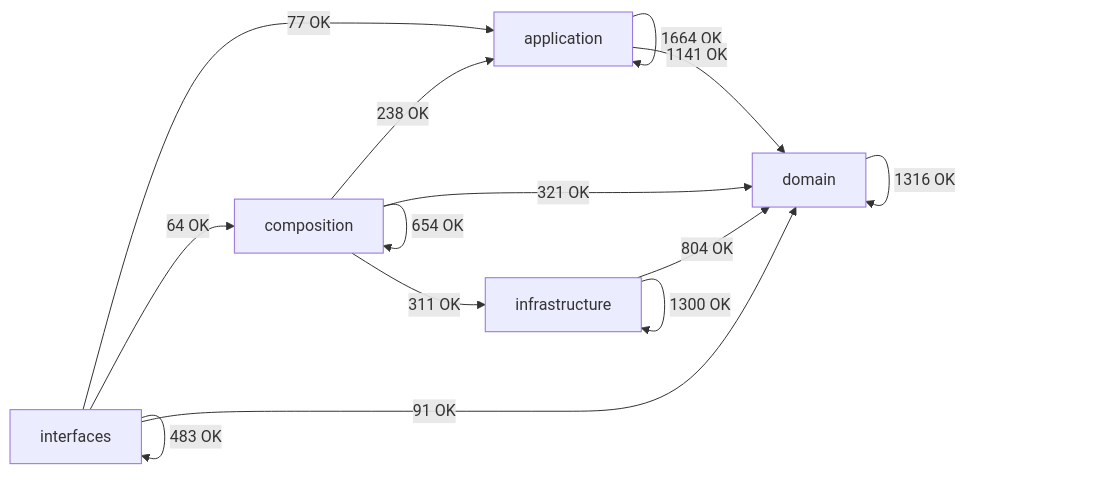
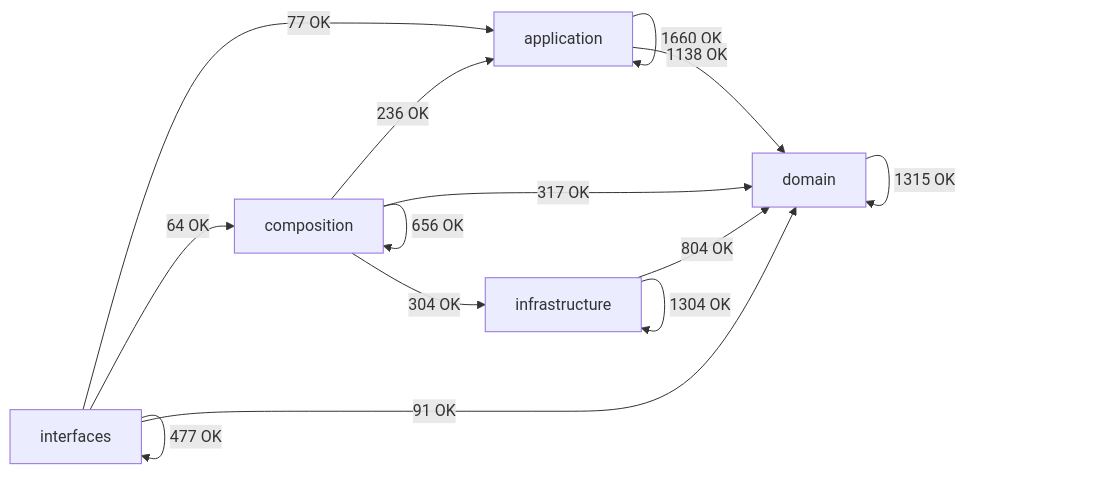
The diagram in docs/02-architecture/generated/module-dependency-map.md (SatoryKono/BioactivityDataAcquisition), drawn with Mermaid before and after one commit. The commit also changed other lines of this file and 342 other files, not shown here.

````diff
--- a/docs/02-architecture/generated/module-dependency-map.md
+++ b/docs/02-architecture/generated/module-dependency-map.md
@@ -17,21 +17,21 @@
 ```mermaid
 flowchart LR
     domain[domain]
     application[application]
     infrastructure[infrastructure]
     composition[composition]
     interfaces[interfaces]
-    application -->|1664 OK| application
-    application -->|1141 OK| domain
-    composition -->|238 OK| application
-    composition -->|654 OK| composition
-    composition -->|321 OK| domain
-    composition -->|311 OK| infrastructure
-    domain -->|1316 OK| domain
+    application -->|1660 OK| application
+    application -->|1138 OK| domain
+    composition -->|236 OK| application
+    composition -->|656 OK| composition
+    composition -->|317 OK| domain
+    composition -->|304 OK| infrastructure
+    domain -->|1315 OK| domain
     infrastructure -->|804 OK| domain
-    infrastructure -->|1300 OK| infrastructure
+    infrastructure -->|1304 OK| infrastructure
     interfaces -->|77 OK| application
     interfaces -->|64 OK| composition
     interfaces -->|91 OK| domain
-    interfaces -->|483 OK| interfaces
+    interfaces -->|477 OK| interfaces
 ```
````
